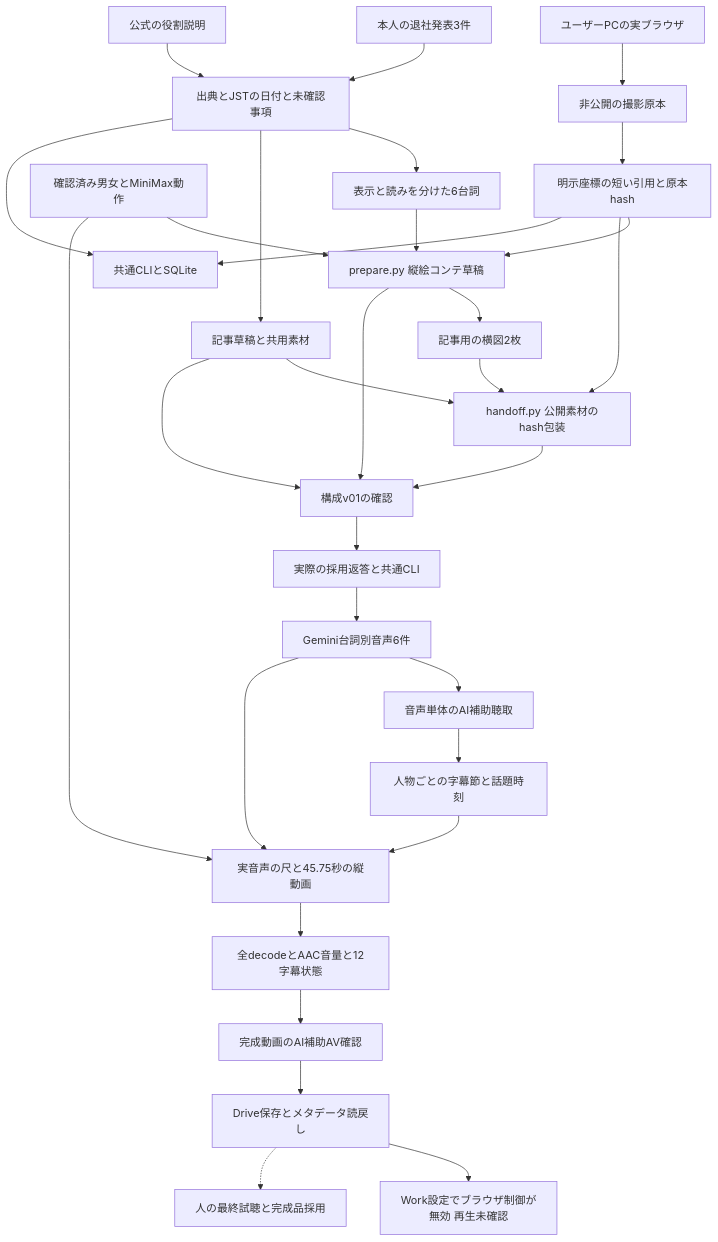
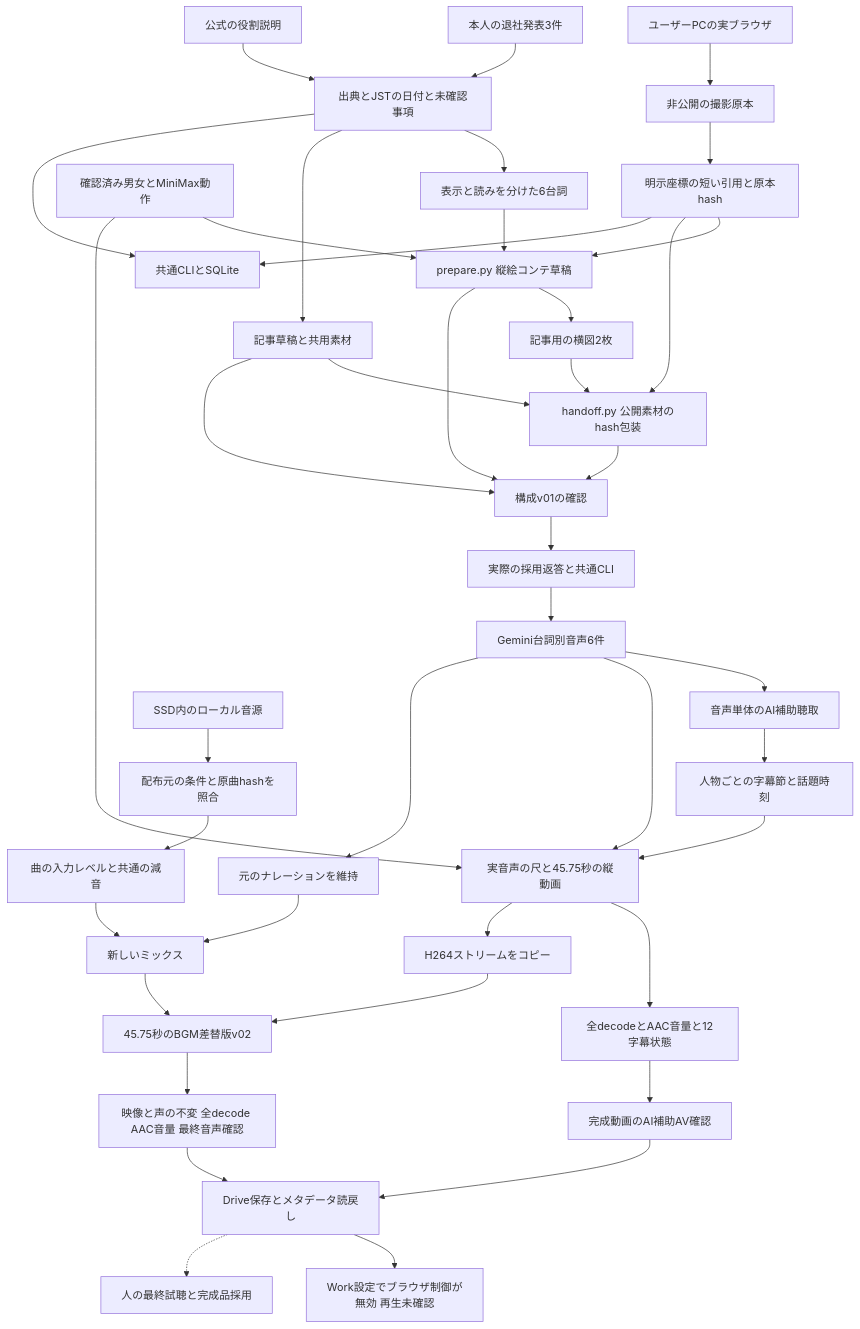
One commit to benriworks/MiniMax-H3 changed the diagram in productions/content-projects/CONTENT_20261104_anthropic_departures/ARCHITECTURE_DIAGRAM.md. Above: the diagram before and after it, drawn with Mermaid. The commit also changed 15 other files, not shown here.

Commit message:
Replace short BGM with verified local music and retain video and narration

````diff
--- a/productions/content-projects/CONTENT_20261104_anthropic_departures/ARCHITECTURE_DIAGRAM.md
+++ b/productions/content-projects/CONTENT_20261104_anthropic_departures/ARCHITECTURE_DIAGRAM.md
@@ -5,33 +5,43 @@
 ```mermaid
 flowchart TD
   Posts[本人の退社発表3件] --> Sources[出典とJSTの日付と未確認事項]
   Official[公式の役割説明] --> Sources
   Browser[ユーザーPCの実ブラウザ] --> Raw[非公開の撮影原本]
   Raw --> Crop[明示座標の短い引用と原本hash]
   Prior[確認済み男女とMiniMax動作] --> Prepare[prepare.py 縦絵コンテ草稿]
   Crop --> Prepare
   Sources --> Script[表示と読みを分けた6台詞]
   Script --> Prepare
   Sources --> Article[記事草稿と共用素材]
   Prepare --> Figures[記事用の横図2枚]
   Crop --> Package[handoff.py 公開素材のhash包装]
   Figures --> Package
   Article --> Package
   Sources --> CLI[共通CLIとSQLite]
   Crop --> CLI
   Prepare --> Review[構成v01の確認]
   Review --> Accept[実際の採用返答と共通CLI]
   Accept --> Voice[Gemini台詞別音声6件]
   Voice --> Listen[音声単体のAI補助聴取]
   Listen --> Timing[人物ごとの字幕節と話題時刻]
   Voice --> Render[実音声の尺と45.75秒の縦動画]
   Timing --> Render
   Prior --> Render
   Render --> QC[全decodeとAAC音量と12字幕状態]
   QC --> AV[完成動画のAI補助AV確認]
   AV --> Share[Drive保存とメタデータ読戻し]
   Share --> Limited[Work設定でブラウザ制御が無効 再生未確認]
   Share -.-> Human[人の最終試聴と完成品採用]
   Article --> Review
   Package --> Review
+  LocalMusic[SSD内のローカル音源] --> License[配布元の条件と原曲hashを照合]
+  License --> MusicLevel[曲の入力レベルと共通の減音]
+  Voice --> KeepVoice[元のナレーションを維持]
+  KeepVoice --> Remix[新しいミックス]
+  MusicLevel --> Remix
+  Render --> KeepVideo[H264ストリームをコピー]
+  KeepVideo --> V02[45.75秒のBGM差替版v02]
+  Remix --> V02
+  V02 --> BgmQC[映像と声の不変 全decode AAC音量 最終音声確認]
+  BgmQC --> Share
 ```
````
